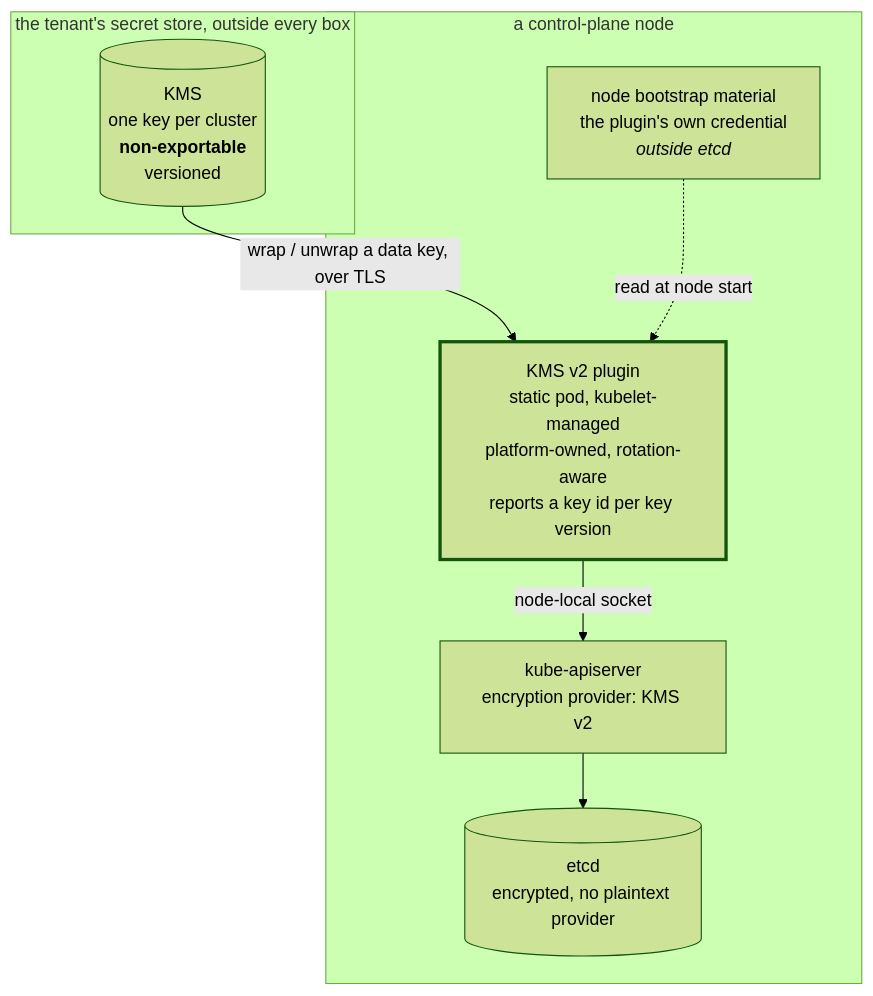
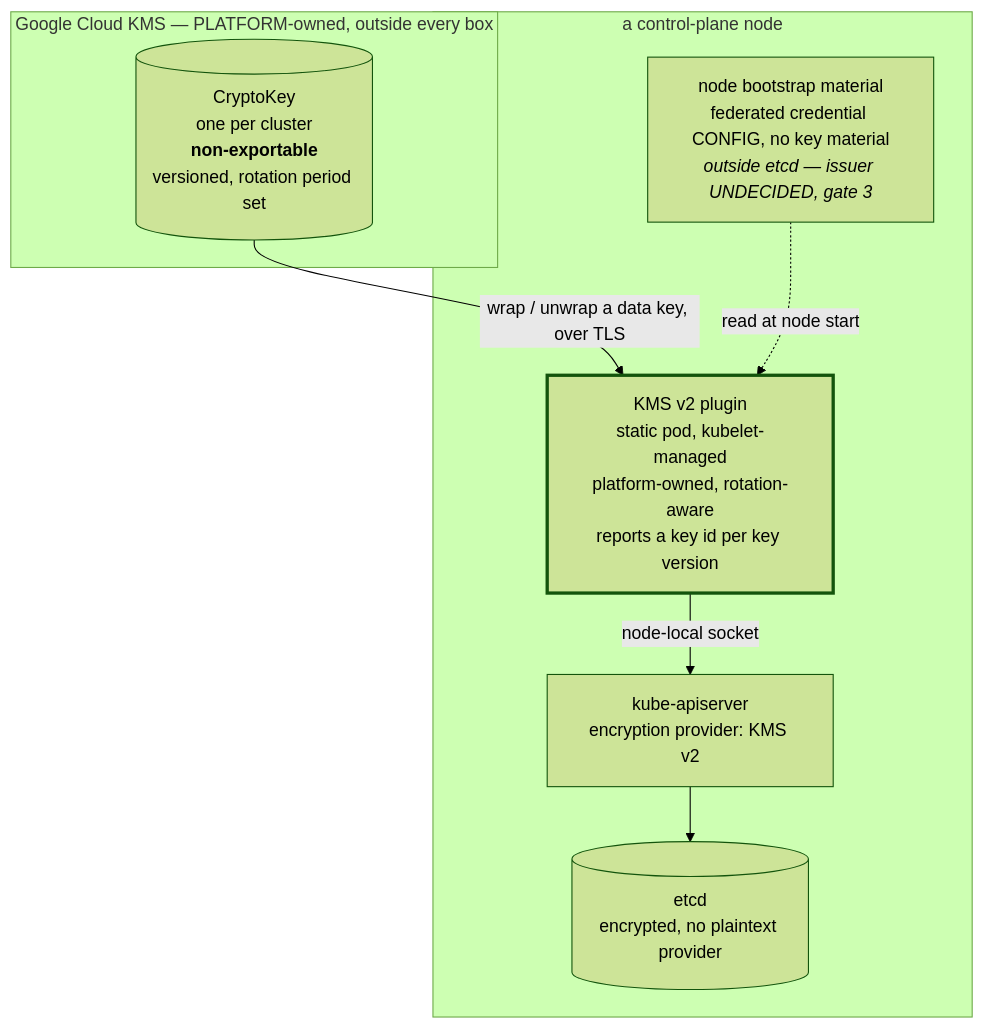
Before and after one commit to soloz-io/zero-ops: the diagram in docs/adr/100-kms-v2-for-secrets-at-rest.md, drawn with Mermaid (forest theme). The commit also changed other lines of this file and 77 other files, not shown here.

Commit message:
feat(kms): ADR-100 Google Cloud KMS v2 plugin, secretbox rotation, and verification runbooks

````diff
--- a/docs/adr/100-kms-v2-for-secrets-at-rest.md
+++ b/docs/adr/100-kms-v2-for-secrets-at-rest.md
@@ -9,21 +13,21 @@
 ```mermaid
 graph TB
-    subgraph REMOTE["the tenant's secret store, outside every box"]
-        KEK[("KMS<br/>one key per cluster<br/><b>non-exportable</b><br/>versioned")]
+    subgraph REMOTE["Google Cloud KMS — PLATFORM-owned, outside every box"]
+        KEK[("CryptoKey<br/>one per cluster<br/><b>non-exportable</b><br/>versioned, rotation period set")]
     end
 
     subgraph CP["a control-plane node"]
         PLUGIN["KMS v2 plugin<br/>static pod, kubelet-managed<br/>platform-owned, rotation-aware<br/>reports a key id per key version"]
         API["kube-apiserver<br/>encryption provider: KMS v2"]
         ETCD[("etcd<br/>encrypted, no plaintext provider")]
-        BOOT["node bootstrap material<br/>the plugin's own credential<br/><i>outside etcd</i>"]
+        BOOT["node bootstrap material<br/>federated credential CONFIG, no key material<br/><i>outside etcd — issuer UNDECIDED, gate 3</i>"]
     end
 
     KEK -->|"wrap / unwrap a data key, over TLS"| PLUGIN
     PLUGIN -->|"node-local socket"| API
     API --> ETCD
     BOOT -.->|"read at node start"| PLUGIN
 
     classDef owned stroke-width:3px
     class PLUGIN owned
 ```
````
